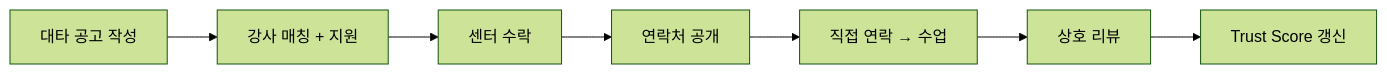
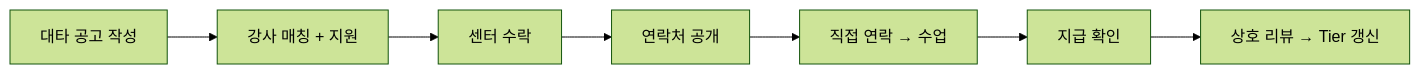
Before and after one commit to MaduJoe/PilaMatch: the first of 2 diagrams in README.md, drawn with Mermaid (forest theme). The commit also changed other lines of this file and 10 other files, not shown here.

````diff
--- a/README.md
+++ b/README.md
@@ -58,9 +59,9 @@
 ```mermaid
 flowchart LR
     A[대타 공고 작성] --> B[강사 매칭 + 지원]
     B --> C[센터 수락]
     C --> D[연락처 공개]
     D --> E[직접 연락 → 수업]
-    E --> F[상호 리뷰]
-    F --> G[Trust Score 갱신]
+    E --> F[지급 확인]
+    F --> G[상호 리뷰 → Tier 갱신]
 ```
````
